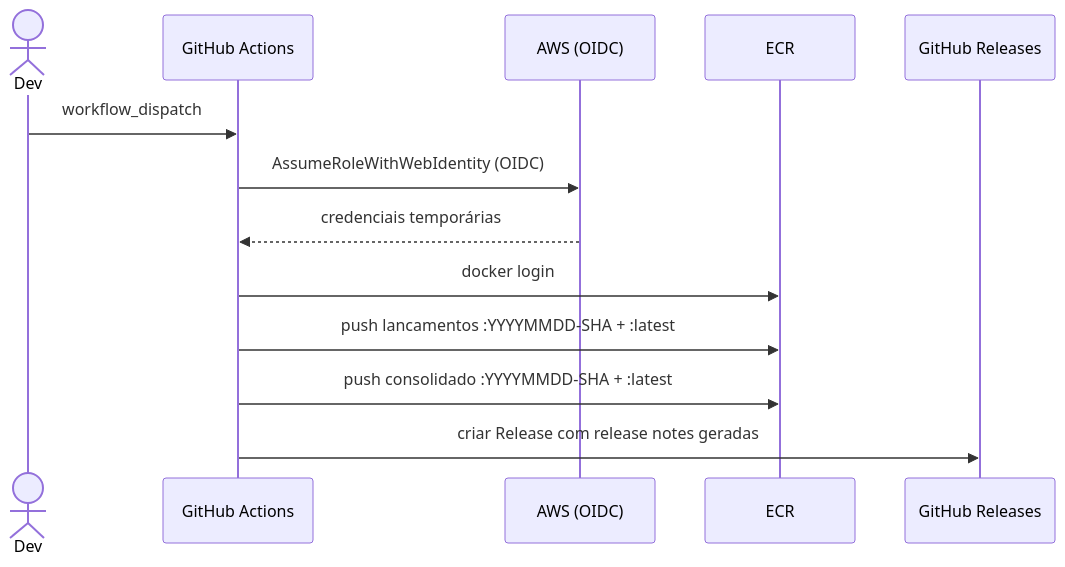
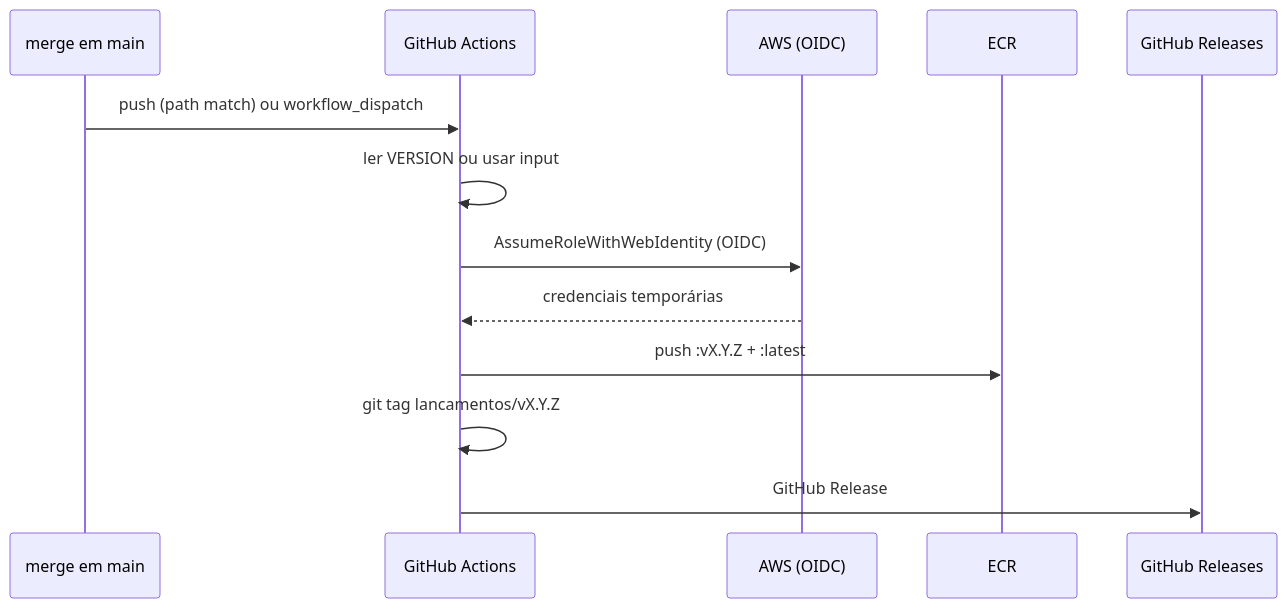
One commit to gsperim/account-engine-lab changed the third of 3 diagrams in docs/infraestrutura/pipeline.md. Above: the diagram before and after it, drawn with Mermaid. The commit also changed other lines of this file and 5 other files, not shown here.

````diff
--- a/docs/infraestrutura/pipeline.md
+++ b/docs/infraestrutura/pipeline.md
@@ -107,16 +125,16 @@
 ```mermaid
 sequenceDiagram
-    actor Dev
+    participant Main as merge em main
     participant GHA as GitHub Actions
     participant AWS as AWS (OIDC)
     participant ECR
     participant GH as GitHub Releases
 
-    Dev->>GHA: workflow_dispatch
+    Main->>GHA: push (path match) ou workflow_dispatch
+    GHA->>GHA: ler VERSION ou usar input
     GHA->>AWS: AssumeRoleWithWebIdentity (OIDC)
     AWS-->>GHA: credenciais temporárias
-    GHA->>ECR: docker login
-    GHA->>ECR: push lancamentos :YYYYMMDD-SHA + :latest
-    GHA->>ECR: push consolidado  :YYYYMMDD-SHA + :latest
-    GHA->>GH: criar Release com release notes geradas
+    GHA->>ECR: push :vX.Y.Z + :latest
+    GHA->>GHA: git tag lancamentos/vX.Y.Z
+    GHA->>GH: GitHub Release
 ```
````
